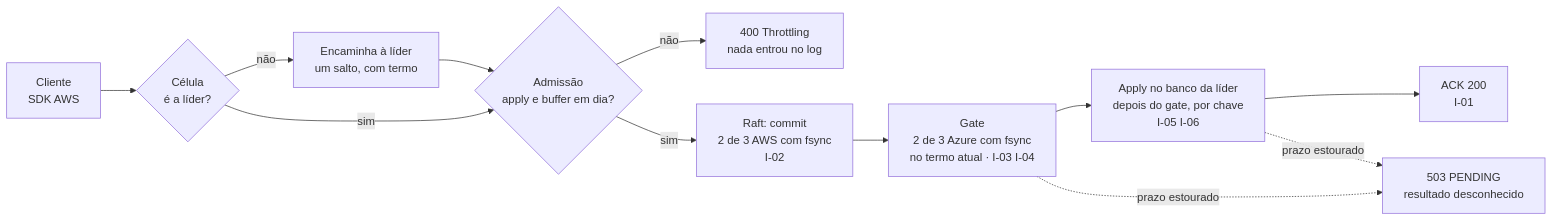
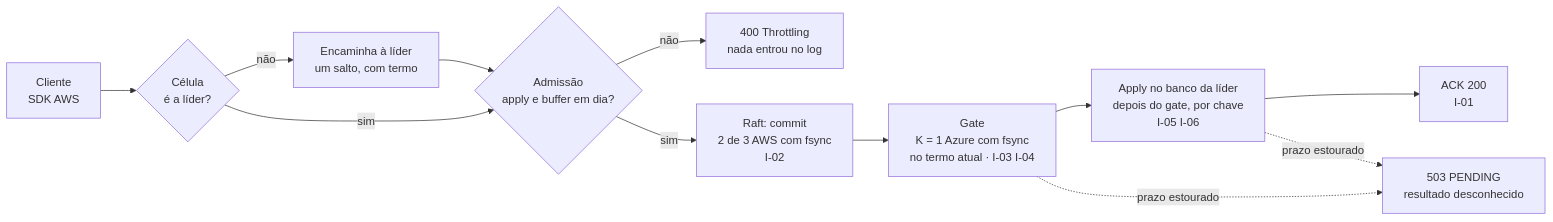
One commit to brbarmex/k changed the first of 2 diagrams in doc/ESTADO_ATUAL.md. Above: the diagram before and after it, drawn with Mermaid. The commit also changed other lines of this file and 94 other files, not shown here.

````diff
--- a/doc/ESTADO_ATUAL.md
+++ b/doc/ESTADO_ATUAL.md
@@ -70,14 +72,14 @@
 ```mermaid
 flowchart LR
     C["Cliente<br/>SDK AWS"] --> E{"Célula<br/>é a líder?"}
     E -->|"não"| FW["Encaminha à líder<br/>um salto, com termo"]
     FW --> AD
     E -->|"sim"| AD{"Admissão<br/>apply e buffer em dia?"}
     AD -->|"não"| THR["400 Throttling<br/>nada entrou no log"]
     AD -->|"sim"| R["Raft: commit<br/>2 de 3 AWS com fsync<br/>I-02"]
-    R --> G["Gate<br/>2 de 3 Azure com fsync<br/>no termo atual · I-03 I-04"]
+    R --> G["Gate<br/>K = 1 Azure com fsync<br/>no termo atual · I-03 I-04"]
     G --> AP["Apply no banco da líder<br/>depois do gate, por chave<br/>I-05 I-06"]
     AP --> ACK["ACK 200<br/>I-01"]
     G -.->|"prazo estourado"| P["503 PENDING<br/>resultado desconhecido"]
     AP -.->|"prazo estourado"| P
 ```
````
